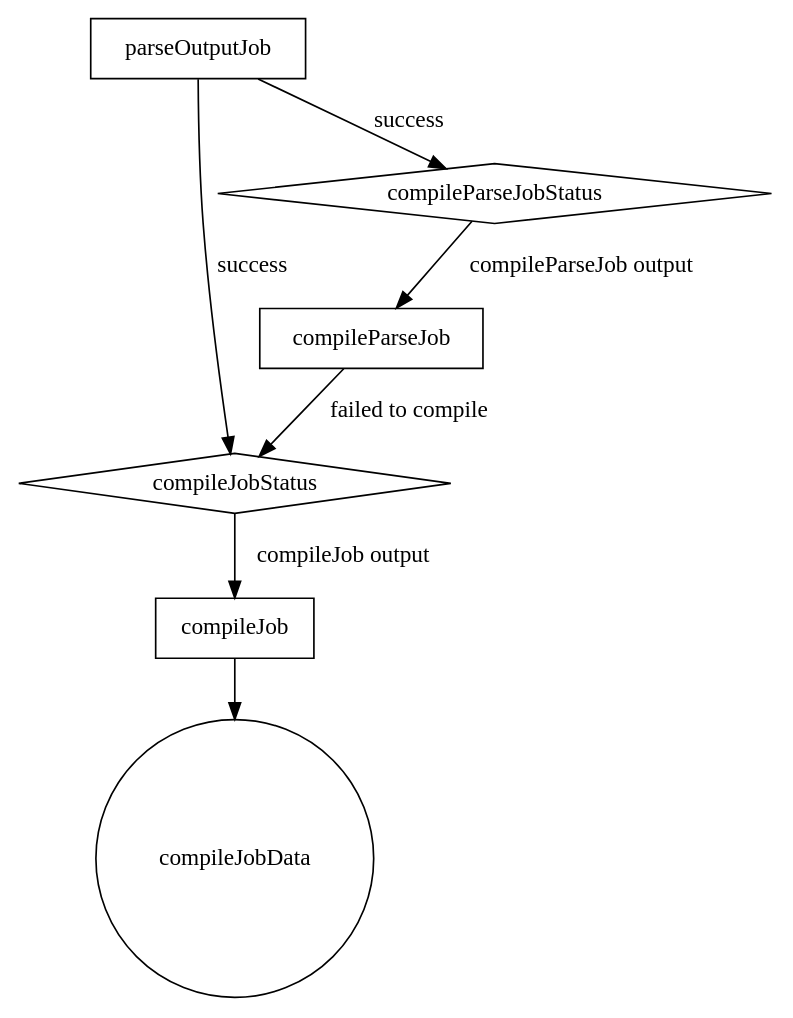
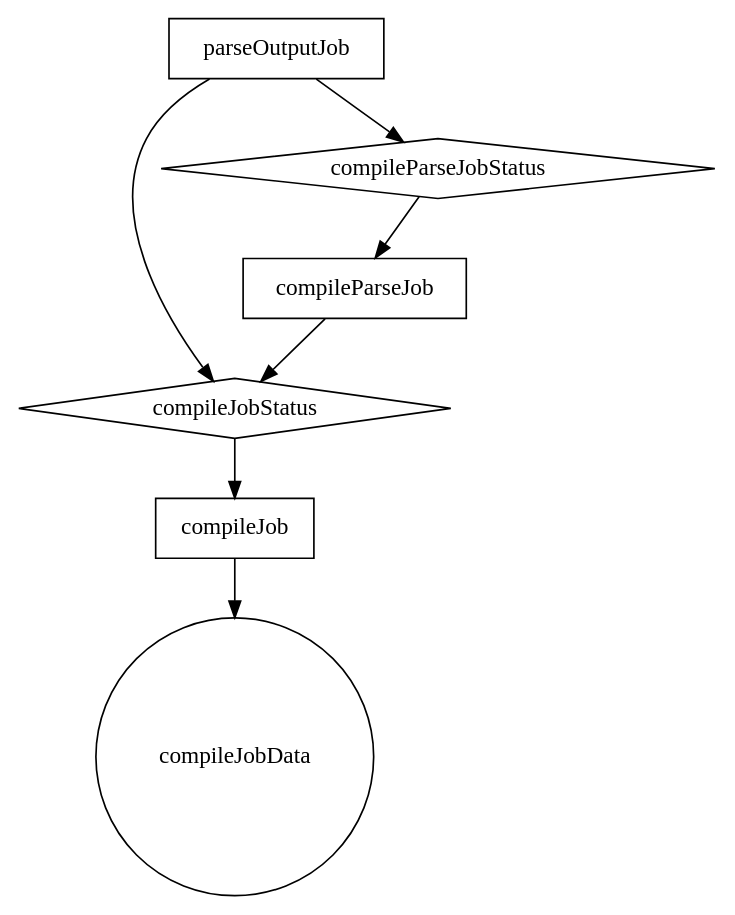
One commit to vkatvell/auto-code-agent changed the diagram in Data/fstest1.dot. Above: the diagram before and after it, drawn with Graphviz. The commit also changed 9 other files, not shown here.

Commit message:
getting flowscript AST graph to output to main

```diff
--- a/Data/fstest1.dot
+++ b/Data/fstest1.dot
@@ -1,24 +1,24 @@
 digraph {
     {
     node[shape="circle"];
     compileJobData[data="{'command', 'clang++ -g -std=c++14 ./Code/automated/test.cpp -o auto_out'}"];
     }
     {
     node[shape="box"];
     compileJob;
     compileParseJob;
     parseOutputJob;
     }
     {
     node[shape="diamond"];
     compileJobStatus;
     compileParseJobStatus;
     }
   
   compileJob -> compileJobData;
-  compileJobStatus -> compileJob[label="compileJob output"];
-  compileParseJob -> compileJobStatus[label="failed to compile"];
-  parseOutputJob -> compileJobStatus[label="success"];
-  compileParseJobStatus -> compileParseJob[label="compileParseJob output"];
-  parseOutputJob -> compileParseJobStatus[label="success"];
+  compileJobStatus -> compileJob;
+  compileParseJob -> compileJobStatus;
+  parseOutputJob -> compileJobStatus;
+  compileParseJobStatus -> compileParseJob;
+  parseOutputJob -> compileParseJobStatus;
 }
```
